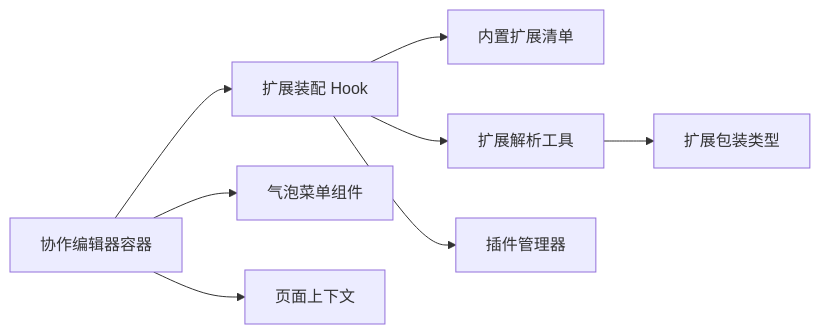
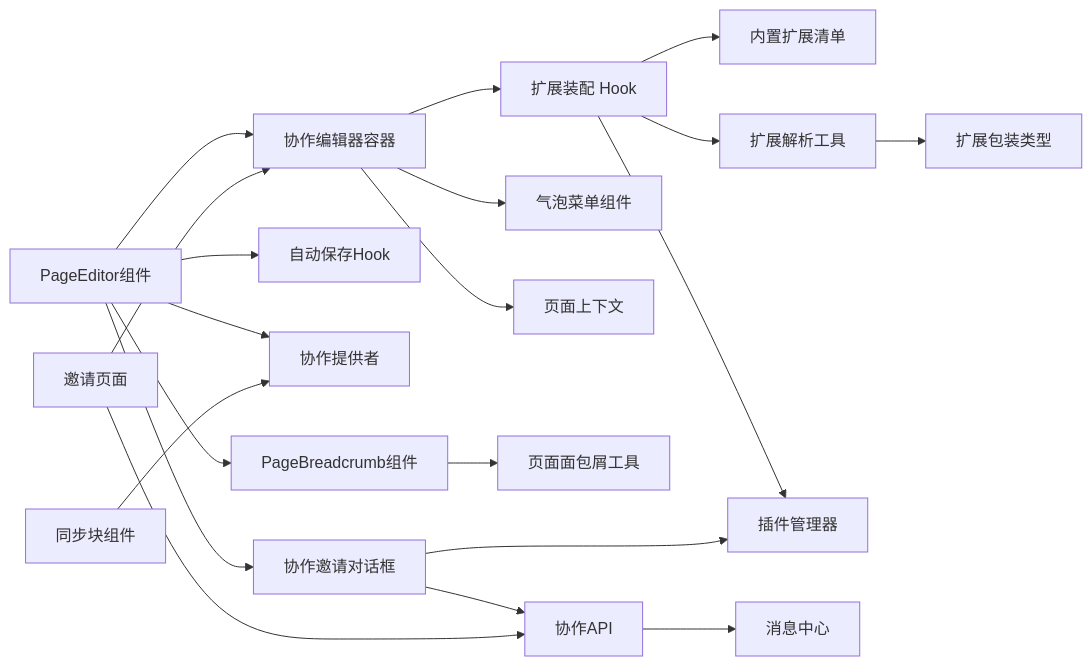
Before and after one commit to LRF0422/Kotion: diagram 13 of 13 in .qoder/repowiki/zh/content/功能模块/知识库管理/页面编辑.md, drawn with Mermaid. The commit also changed other lines of this file and 75 other files, not shown here.

````diff
--- a/.qoder/repowiki/zh/content/功能模块/知识库管理/页面编辑.md
+++ b/.qoder/repowiki/zh/content/功能模块/知识库管理/页面编辑.md
@@ -314,10 +880,22 @@
 ```mermaid
 graph LR
 Collab["协作编辑器容器"] --> UseExt["扩展装配 Hook"]
 UseExt --> BuildIn["内置扩展清单"]
 UseExt --> Kit["扩展解析工具"]
 Kit --> Types["扩展包装类型"]
 Collab --> Bubble["气泡菜单组件"]
 Collab --> Ctx["页面上下文"]
 UseExt --> PMgr["插件管理器"]
+PageEditor["PageEditor组件"] --> Collab
+PageEditor --> AutoSave["自动保存Hook"]
+PageEditor --> Provider["协作提供者"]
+PageEditor --> InviteDlg["协作邀请对话框"]
+PageEditor --> PageBreadcrumb["PageBreadcrumb组件"]
+PageBreadcrumb --> Utils["页面面包屑工具"]
+InviteDlg --> API["协作API"]
+InviteDlg --> PMgr
+InvitePage["邀请页面"] --> Collab
+InvitePage --> API
+API --> MessageBox["消息中心"]
+SyncBlock["同步块组件"] --> Provider
 ```
````
